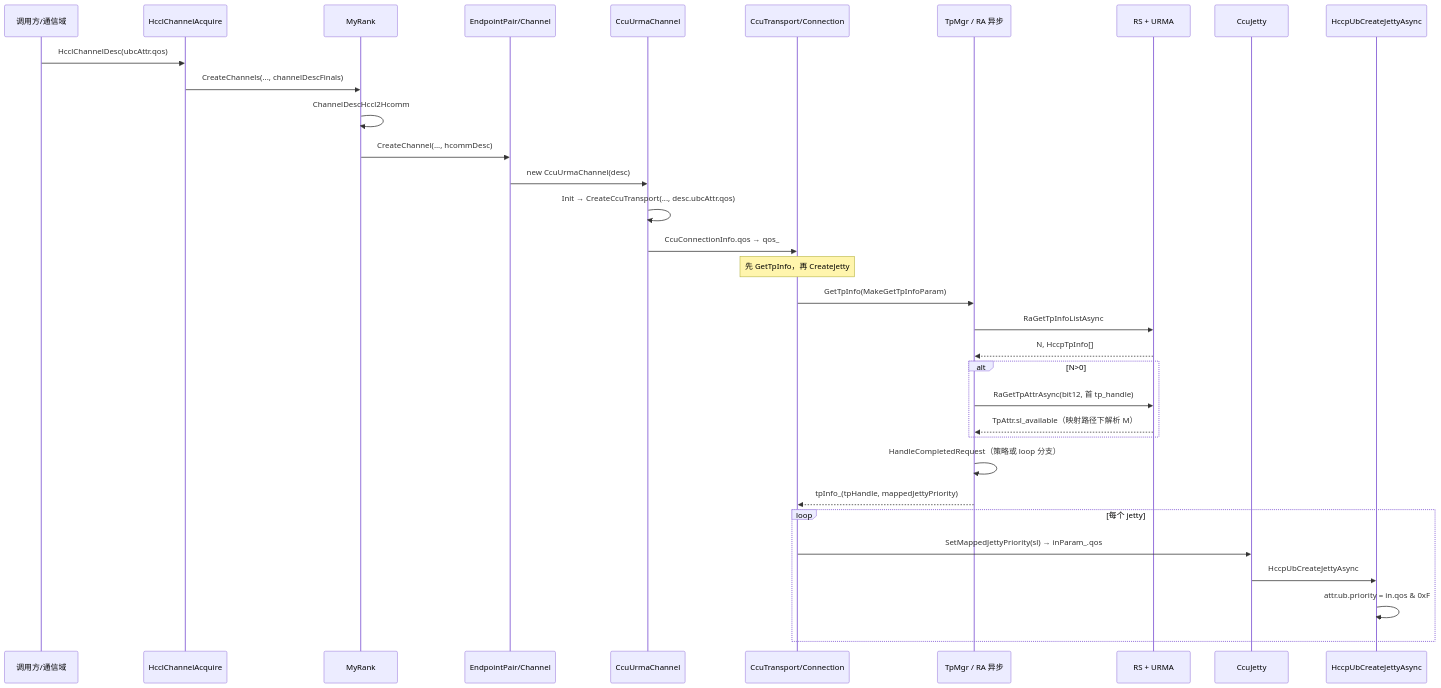
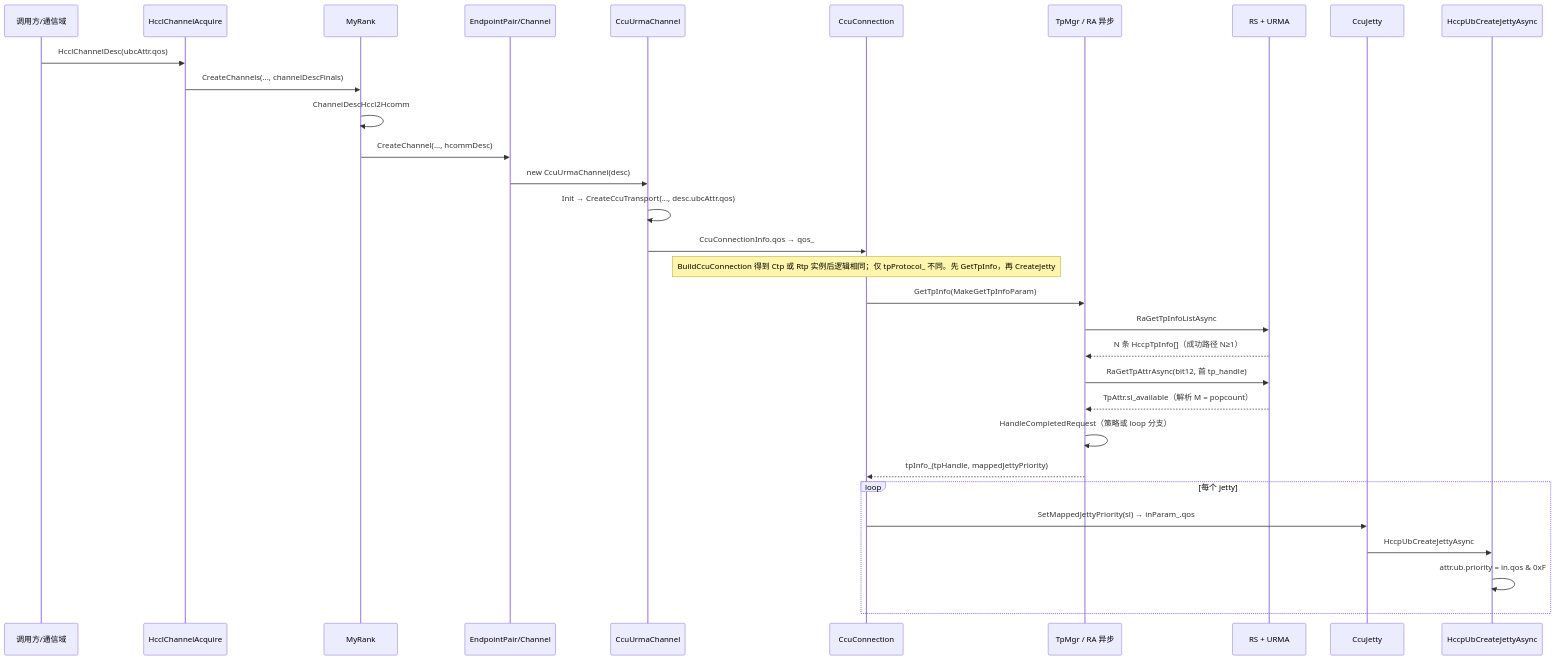
The second of 2 diagrams in docs/ccu_ubc_qos_to_jetty_priority_flow.md (libochao-huawei/hcomm), drawn with Mermaid before and after one commit. The commit also changed other lines of this file, not shown here.

````diff
--- a/docs/ccu_ubc_qos_to_jetty_priority_flow.md
+++ b/docs/ccu_ubc_qos_to_jetty_priority_flow.md
@@ -225,36 +267,34 @@
 ```mermaid
 sequenceDiagram
     participant User as 调用方/通信域
     participant Acquire as HcclChannelAcquire
     participant MR as MyRank
     participant EP as EndpointPair/Channel
     participant Ch as CcuUrmaChannel
-    participant T as CcuTransport/Connection
+    participant T as CcuConnection
     participant TM as TpMgr / RA 异步
     participant RS as RS + URMA
     participant J as CcuJetty
     participant H as HccpUbCreateJettyAsync
 
     User->>Acquire: HcclChannelDesc(ubcAttr.qos)
     Acquire->>MR: CreateChannels(..., channelDescFinals)
     MR->>MR: ChannelDescHccl2Hcomm
     MR->>EP: CreateChannel(..., hcommDesc)
     EP->>Ch: new CcuUrmaChannel(desc)
     Ch->>Ch: Init → CreateCcuTransport(..., desc.ubcAttr.qos)
     Ch->>T: CcuConnectionInfo.qos → qos_
-    Note over T: 先 GetTpInfo，再 CreateJetty
+    Note over T: BuildCcuConnection 得到 Ctp 或 Rtp 实例后逻辑相同；仅 tpProtocol_ 不同。先 GetTpInfo，再 CreateJetty
     T->>TM: GetTpInfo(MakeGetTpInfoParam)
     TM->>RS: RaGetTpInfoListAsync
-    RS-->>TM: N, HccpTpInfo[]
-    alt N>0
-        TM->>RS: RaGetTpAttrAsync(bit12, 首 tp_handle)
-        RS-->>TM: TpAttr.sl_available（映射路径下解析 M）
-    end
+    RS-->>TM: N 条 HccpTpInfo[]（成功路径 N≥1）
+    TM->>RS: RaGetTpAttrAsync(bit12, 首 tp_handle)
+    RS-->>TM: TpAttr.sl_available（解析 M = popcount）
     TM->>TM: HandleCompletedRequest（策略或 loop 分支）
     TM-->>T: tpInfo_(tpHandle, mappedJettyPriority)
     loop 每个 jetty
         T->>J: SetMappedJettyPriority(sl) → inParam_.qos
         J->>H: HccpUbCreateJettyAsync
         H->>H: attr.ub.priority = in.qos & 0xF
     end
 ```
````
